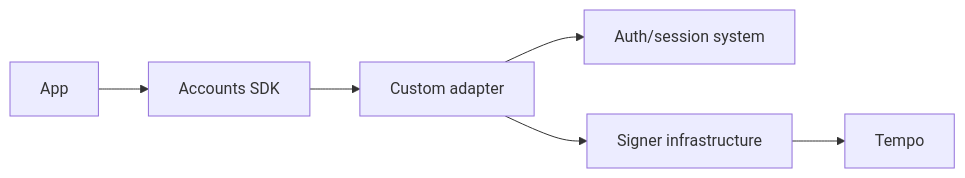
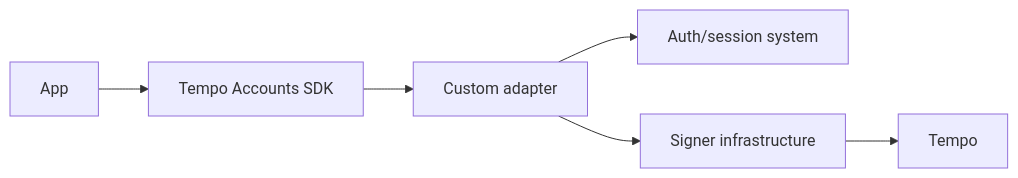
Before and after one commit to TheRealRajdeep/accounts: the diagram in site/src/pages/docs/enterprise/bring-your-auth/index.mdx, drawn with Mermaid. The commit also changed other lines of this file and 24 other files, not shown here.

````diff
--- a/site/src/pages/docs/enterprise/bring-your-auth/index.mdx
+++ b/site/src/pages/docs/enterprise/bring-your-auth/index.mdx
@@ -23,14 +23,14 @@
 ```mermaid
 flowchart LR
     App["App"]
-    SDK["Accounts SDK"]
+    SDK["Tempo Accounts SDK"]
     Adapter["Custom adapter"]
     Auth["Auth/session system"]
     Signer["Signer infrastructure"]
     Tempo["Tempo"]
 
     App --> SDK --> Adapter
     Adapter --> Auth
     Adapter --> Signer
     Signer --> Tempo
 ```
````
